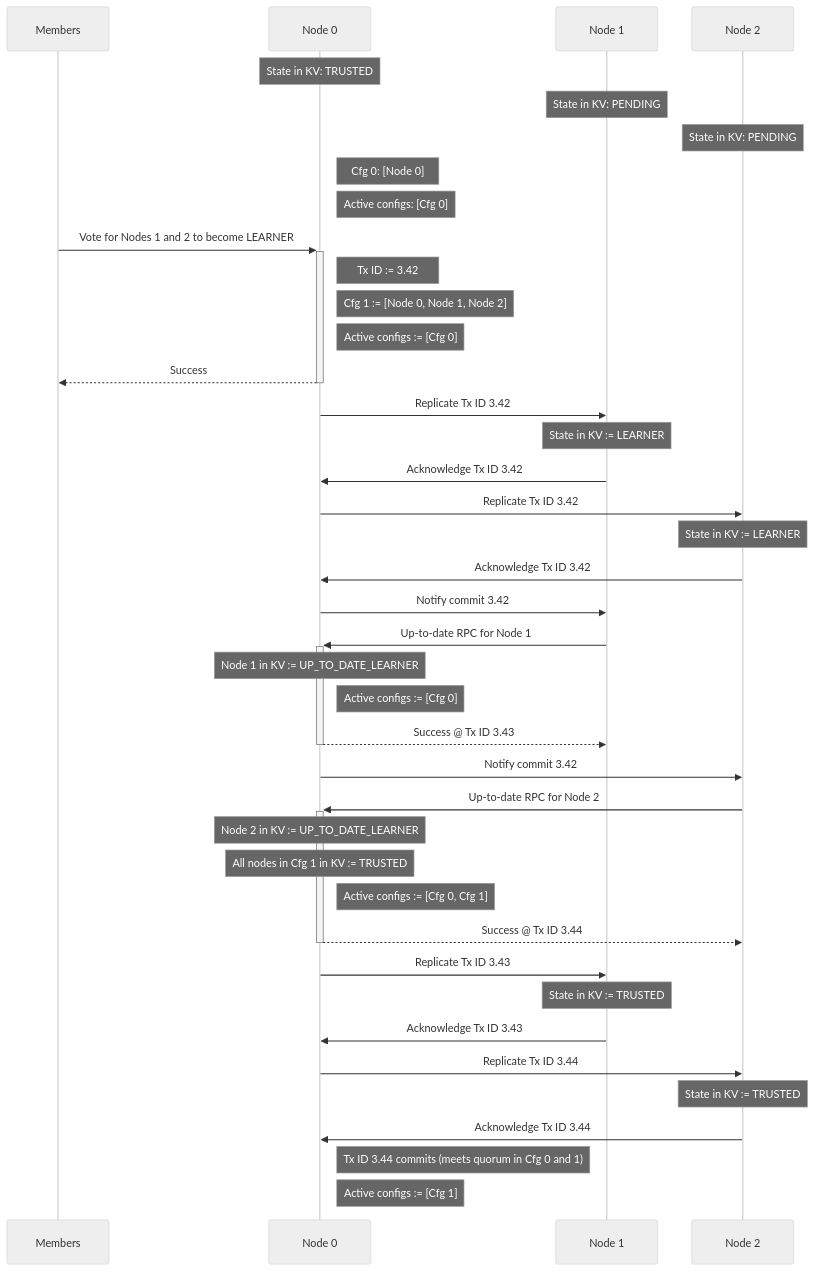
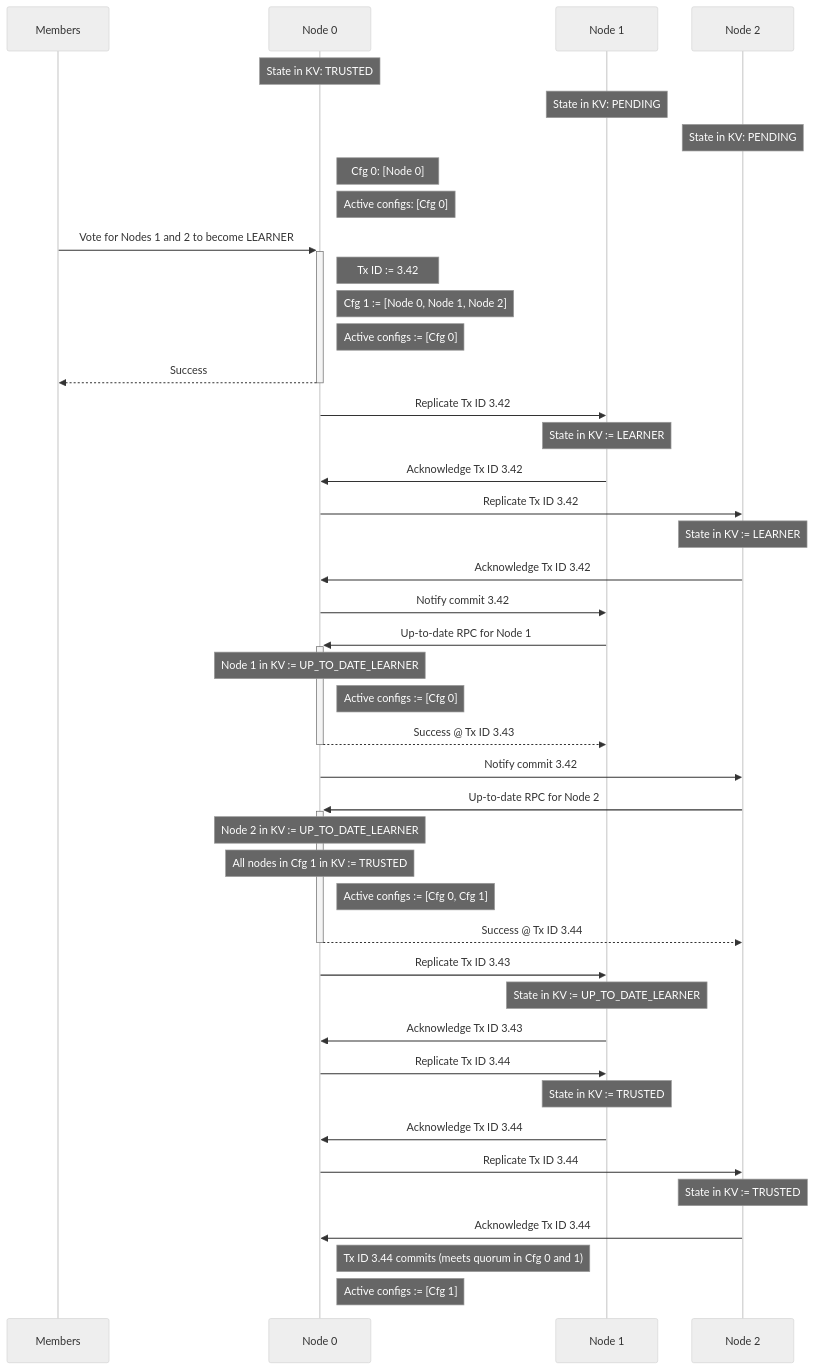
The fourth of 7 diagrams in doc/overview/consensus.rst (microsoft/CCF), drawn with Mermaid (neutral theme) before and after one commit.

```diff
--- a/doc/overview/consensus.rst
+++ b/doc/overview/consensus.rst
@@ -187,54 +187,57 @@
 .. mermaid::
 
     sequenceDiagram
         participant Members
         participant Node 0
         participant Node 1
         participant Node 2
 
         Note over Node 0: State in KV: TRUSTED
         Note over Node 1: State in KV: PENDING
         Note over Node 2: State in KV: PENDING
 
         Note right of Node 0: Cfg 0: [Node 0]
         Note right of Node 0: Active configs: [Cfg 0]
 
         Members->>+Node 0: Vote for Nodes 1 and 2 to become LEARNER
 
         Note right of Node 0: Tx ID := 3.42
         Note right of Node 0: Cfg 1 := [Node 0, Node 1, Node 2]
         Note right of Node 0: Active configs := [Cfg 0]
         Node 0-->>-Members: Success
 
         Node 0->>Node 1: Replicate Tx ID 3.42
         Note over Node 1: State in KV := LEARNER
         Node 1->>Node 0: Acknowledge Tx ID 3.42
 
         Node 0->>Node 2: Replicate Tx ID 3.42
         Note over Node 2: State in KV := LEARNER
         Node 2->>Node 0: Acknowledge Tx ID 3.42
 
         Node 0->>Node 1: Notify commit 3.42
 
         Node 1->>+Node 0: Up-to-date RPC for Node 1
         Note over Node 0: Node 1 in KV := UP_TO_DATE_LEARNER
         Note right of Node 0: Active configs := [Cfg 0]
         Node 0-->>-Node 1: Success @ Tx ID 3.43
 
         Node 0->>Node 2: Notify commit 3.42
 
         Node 2->>+Node 0: Up-to-date RPC for Node 2
         Note over Node 0: Node 2 in KV := UP_TO_DATE_LEARNER
         Note over Node 0: All nodes in Cfg 1 in KV := TRUSTED
         Note right of Node 0: Active configs := [Cfg 0, Cfg 1]
         Node 0-->>-Node 2: Success @ Tx ID 3.44
 
         Node 0->>Node 1: Replicate Tx ID 3.43
+        Note over Node 1: State in KV := UP_TO_DATE_LEARNER
+        Node 1->>Node 0: Acknowledge Tx ID 3.43
+        Node 0->>Node 1: Replicate Tx ID 3.44
         Note over Node 1: State in KV := TRUSTED
-        Node 1->>Node 0: Acknowledge Tx ID 3.43
+        Node 1->>Node 0: Acknowledge Tx ID 3.44
         Node 0->>Node 2: Replicate Tx ID 3.44
         Note over Node 2: State in KV := TRUSTED
         Node 2->>Node 0: Acknowledge Tx ID 3.44
 
         Note right of Node 0: Tx ID 3.44 commits (meets quorum in Cfg 0 and 1)
         Note right of Node 0: Active configs := [Cfg 1]
```
